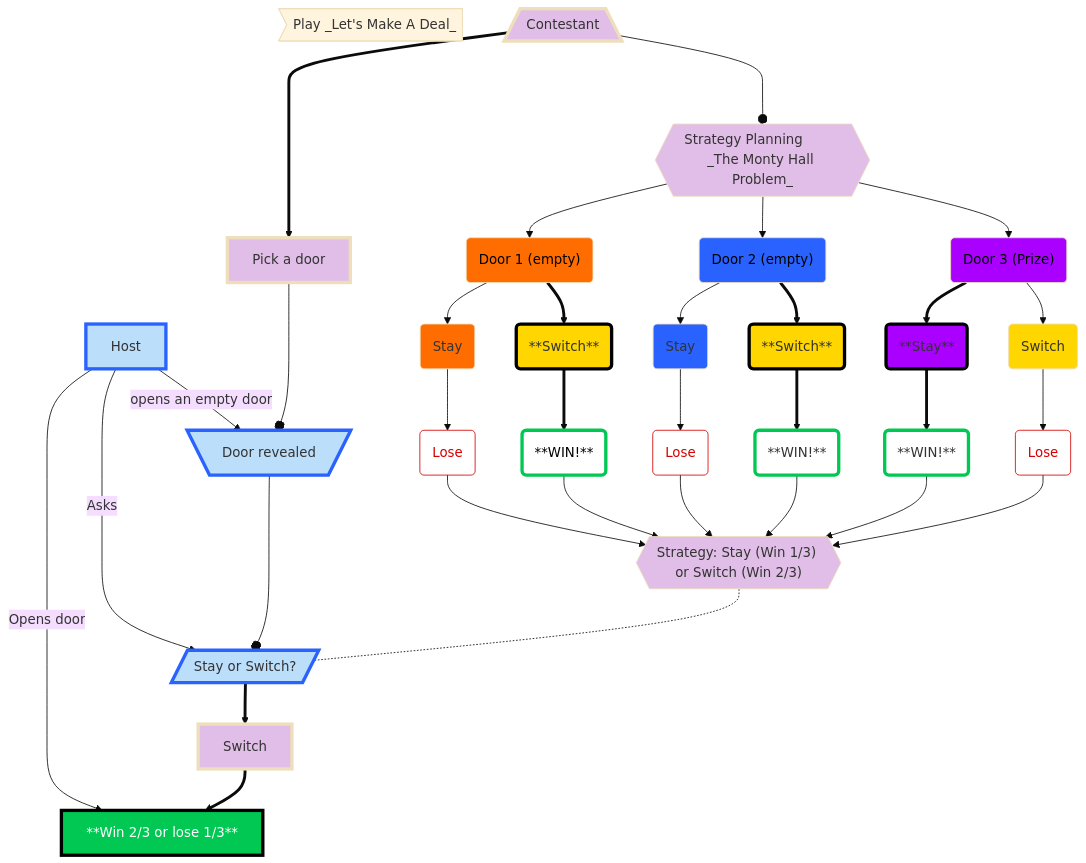
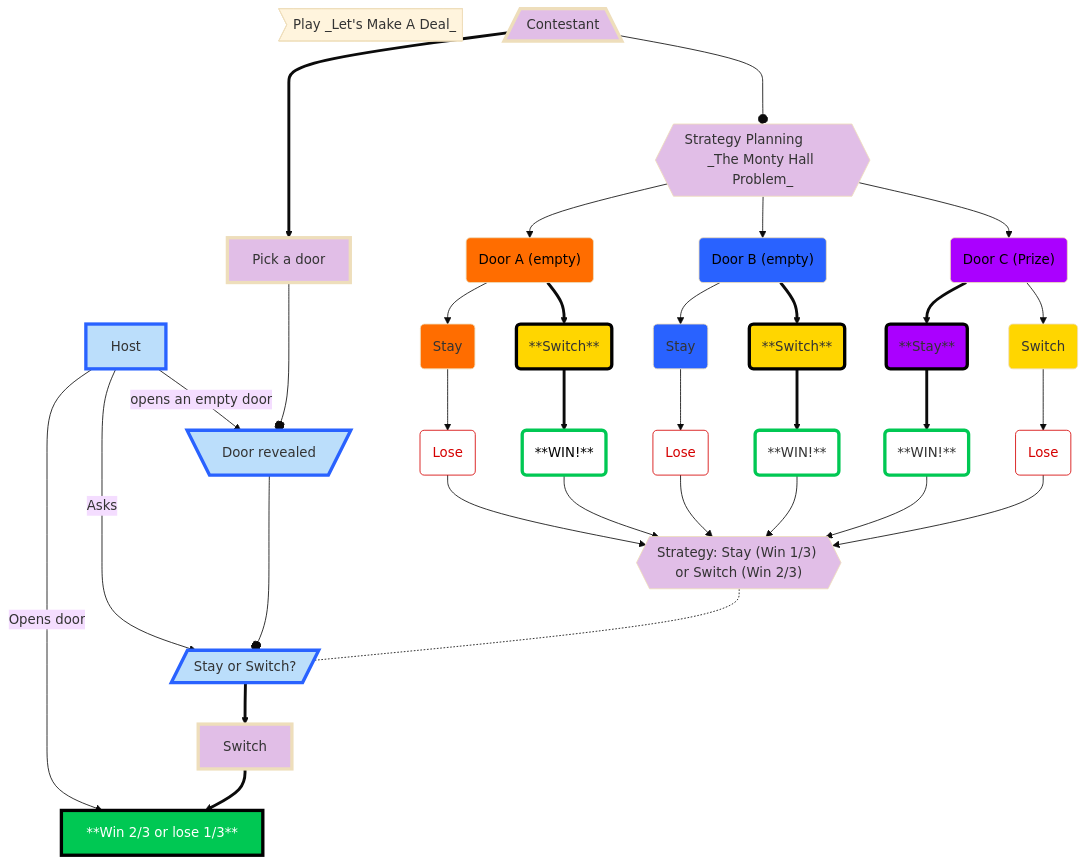
Before and after one commit to BADmommydale/BADmommydale.github.io: the diagram in Diagram.md, drawn with Mermaid (base theme). The commit also changed other lines of this file, not shown here.

````diff
--- a/Diagram.md
+++ b/Diagram.md
@@ -1,58 +1,58 @@
 ```mermaid
 flowchart TD
     A>"Play _Let's Make A Deal_"]
     G["Host"]
     B["Contestant"] ==> D["Pick a door"]
     G -- Opens door --> Y["**Win 2/3 or lose 1/3**"]
     D ---o E
     G --Asks--> F["Stay or Switch?"]
     E ---o F
     B ---o C["Strategy Planning         _The Monty Hall Problem_"]
-    C --> I("Door 1 (empty)") & N("Door 2 (empty)") & S("Door 3 (Prize)")
+    C --> I("Door A (empty)") & N("Door B (empty)") & S("Door C (Prize)")
     I --> J("Stay")
     I ==> K("**Switch**")
     J --> L("Lose")
     K ==> M("**WIN!**")
     N --> O("Stay")
     N ==> P("**Switch**")
     O --> Q("Lose")
     P ==> R("**WIN!**")
     S ==> T("**Stay**")
     S --> U("Switch")
     T ==> V("**WIN!**")
     U --> W("Lose")
     L & M & Q & R & V & W--> H["Strategy: Stay (Win 1/3) or Switch (Win 2/3)"]
     H -.- F
     F ==> X["Switch"]
     X ==> Y
     G -- opens an empty door --> E["Door revealed"]
     B@{ shape: trap-b}
     C@{ shape: hex}
     E@{ shape: trap-t}
     F@{ shape: lean-r}
     H@{ shape: hex}
     style B fill:#E1BEE7, stroke-width:4px,stroke-dasharray: 0
     style H fill:#E1BEE7,stroke-dasharray: 0
     style D fill:#E1BEE7, stroke-width:4px,stroke-dasharray: 0
     style E fill:#BBDEFB,stroke:#2962FF,stroke-width:4px,stroke-dasharray: 0
     style F fill:#BBDEFB,stroke:#2962FF,stroke-width:4px,stroke-dasharray: 0
     style G fill:#BBDEFB,stroke:#2962FF,stroke-width:4px,stroke-dasharray: 0
     style C fill:#E1BEE7,stroke-dasharray: 0
     style I color:#000000,fill:#FF6D00
     style J fill:#FF6D00
     style K fill:#FFD600,stroke-width:4px,stroke-dasharray: 0,stroke:#000000
     style L fill:transparent,stroke:#D50000,color:#D50000
     style M fill:transparent,stroke-width:4px,stroke-dasharray: 0,stroke:#00C853,color:#000000
     style N color:#000000,fill:#2962FF
     style O fill:#2962FF
     style P fill:#FFD600,stroke-width:4px,stroke-dasharray: 0,stroke:#000000
     style Q fill:transparent,stroke:#D50000,color:#D50000
     style R fill:transparent,stroke-width:4px,stroke-dasharray: 0,stroke:#00C853
     style S color:#000000,fill:#AA00FF
     style T fill:#AA00FF,stroke-width:4px,stroke-dasharray: 0,stroke:#000000
     style U fill:#FFD600
     style V fill:transparent,stroke-width:4px,stroke-dasharray: 0,stroke:#00C853
     style W fill:transparent,stroke:#D50000,color:#D50000
     style X fill:#E1BEE7, stroke-width:4px,stroke-dasharray: 0
     style Y fill:#00C853,color:#FFFFFF,stroke-width:4px,stroke-dasharray: 0,stroke:#000000
 ```
````
